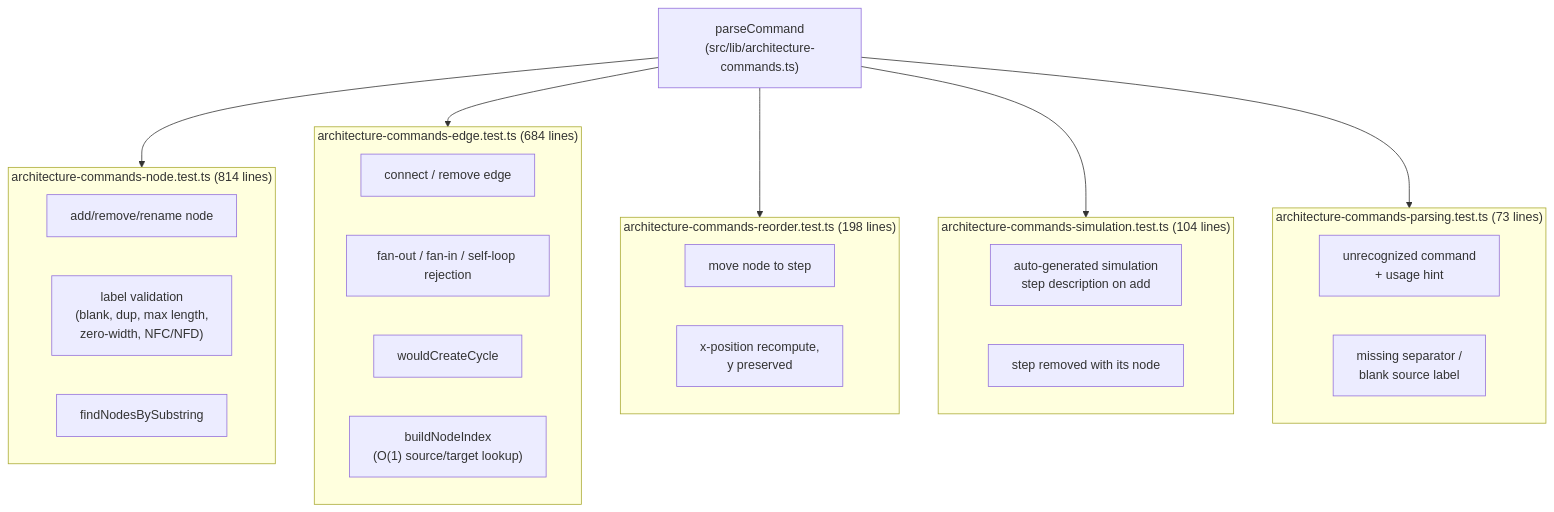
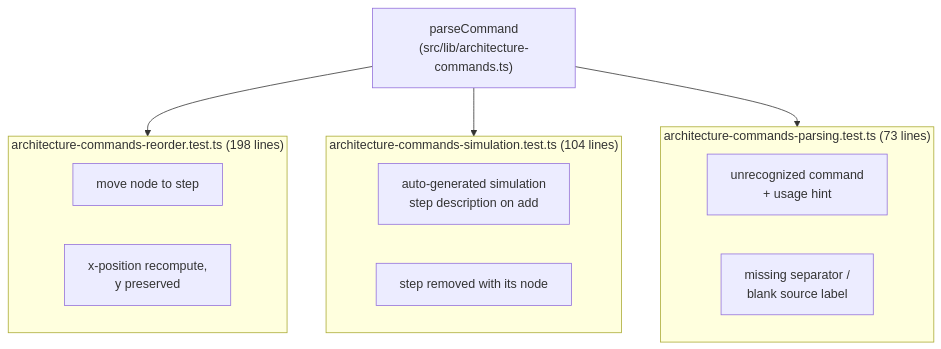
Before and after one commit to jgyy/architect-model: the second of 2 diagrams in docs/categories/parser-tests.md, drawn with Mermaid. The commit also changed 31 other files, not shown here.

Commit message:
docs: split mermaids into 2 for easier viewing (#52)

````diff
--- a/docs/categories/parser-tests.md
+++ b/docs/categories/parser-tests.md
@@ -7,38 +32,23 @@
 ```mermaid
 flowchart TB
     PC["parseCommand\n(src/lib/architecture-commands.ts)"]
-
-    subgraph NODE["architecture-commands-node.test.ts (814 lines)"]
-        N1["add/remove/rename node"]
-        N2["label validation\n(blank, dup, max length,\nzero-width, NFC/NFD)"]
-        N3["findNodesBySubstring"]
-    end
-
-    subgraph EDGE["architecture-commands-edge.test.ts (684 lines)"]
-        E1["connect / remove edge"]
-        E2["fan-out / fan-in / self-loop rejection"]
-        E3["wouldCreateCycle"]
-        E4["buildNodeIndex\n(O(1) source/target lookup)"]
-    end
 
     subgraph REORDER["architecture-commands-reorder.test.ts (198 lines)"]
         R1["move node <label> to step <n>"]
         R2["x-position recompute,\ny preserved"]
     end
 
     subgraph SIM["architecture-commands-simulation.test.ts (104 lines)"]
         S1["auto-generated simulation\nstep description on add"]
         S2["step removed with its node"]
     end
 
     subgraph PARSE["architecture-commands-parsing.test.ts (73 lines)"]
         P1["unrecognized command\n+ usage hint"]
         P2["missing separator /\nblank source label"]
     end
 
-    PC --> NODE
-    PC --> EDGE
     PC --> REORDER
     PC --> SIM
     PC --> PARSE
 ```
````
